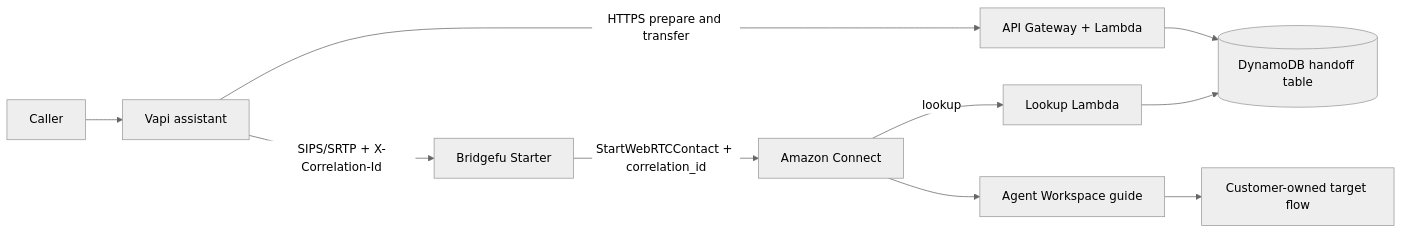
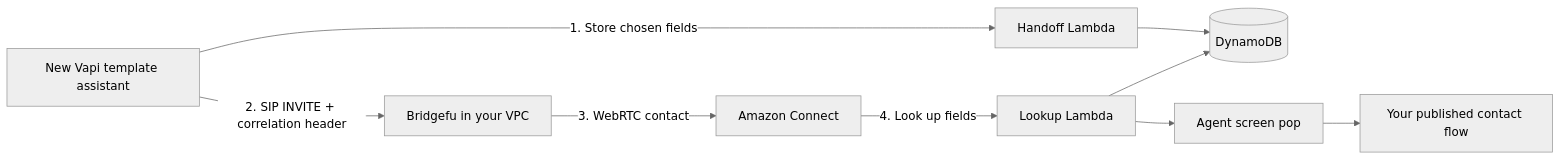
One commit to eisenzopf/bridgefu changed the diagram in recipes/vapi-amazon-connect-screen-pop/README.md. Above: the diagram before and after it, drawn with Mermaid (neutral theme). The commit also changed other lines of this file and 83 other files, not shown here.

````diff
--- a/recipes/vapi-amazon-connect-screen-pop/README.md
+++ b/recipes/vapi-amazon-connect-screen-pop/README.md
@@ -82,12 +12,11 @@
 ```mermaid
 flowchart LR
-    Caller["Caller"] --> Vapi["Vapi assistant"]
-    Vapi -->|"HTTPS prepare and transfer"| API["API Gateway + Lambda"]
-    API --> DB[("DynamoDB handoff table")]
-    Vapi -->|"SIPS/SRTP + X-Correlation-Id"| Bridgefu["Bridgefu Starter"]
-    Bridgefu -->|"StartWebRTCContact + correlation_id"| Connect["Amazon Connect"]
-    Connect -->|"lookup"| Lookup["Lookup Lambda"]
+    Vapi["New Vapi template assistant"] -->|"1. Store chosen fields"| Handoff["Handoff Lambda"]
+    Handoff --> DB[("DynamoDB")]
+    Vapi -->|"2. SIP INVITE + correlation header"| Bridgefu["Bridgefu in your VPC"]
+    Bridgefu -->|"3. WebRTC contact"| Connect["Amazon Connect"]
+    Connect -->|"4. Look up fields"| Lookup["Lookup Lambda"]
     Lookup --> DB
-    Connect --> Guide["Agent Workspace guide"]
-    Guide --> Target["Customer-owned target flow"]
+    Lookup --> Agent["Agent screen pop"]
+    Agent --> Flow["Your published contact flow"]
 ```
````
